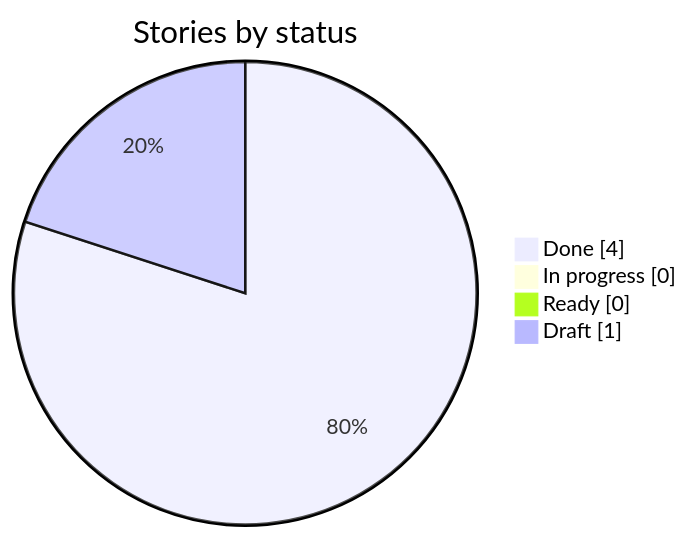
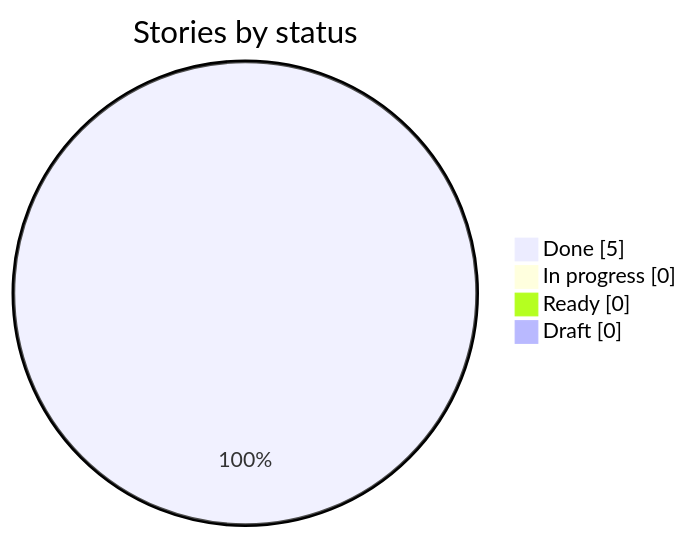
One commit to HebaGaber/roofing-crm changed the first of 2 diagrams in docs/progress.md. Above: the diagram before and after it, drawn with Mermaid. The commit also changed other lines of this file, not shown here.

Commit message:
B-09: progress updated after the merge (5 of 5 stories done)

````diff
--- a/docs/progress.md
+++ b/docs/progress.md
@@ -9,7 +9,7 @@
 ```mermaid
 pie showData title Stories by status
-  "Done" : 4
+  "Done" : 5
   "In progress" : 0
   "Ready" : 0
-  "Draft" : 1
+  "Draft" : 0
 ```
````
